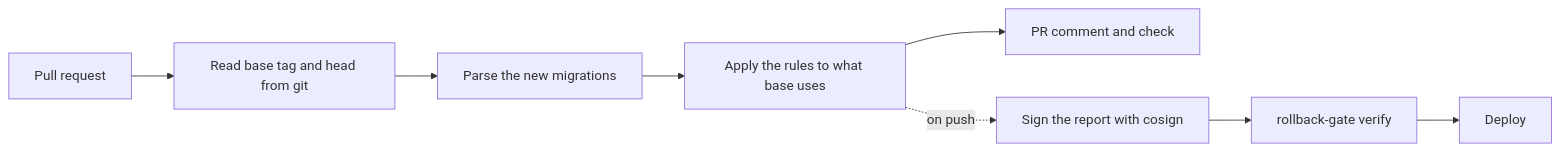
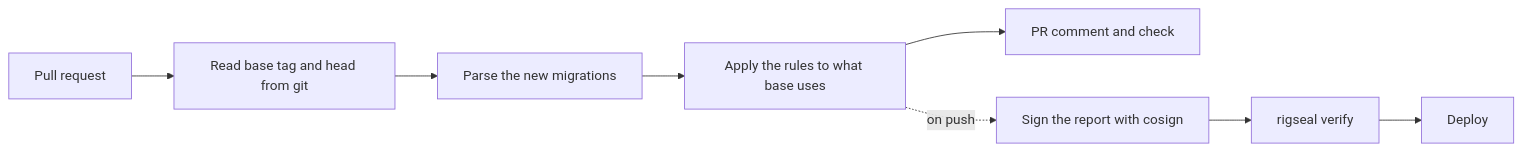
The diagram in README.md (HarounMehdaoui/rigseal), drawn with Mermaid before and after one commit. The commit also changed other lines of this file and 43 other files, not shown here.

````diff
--- a/README.md
+++ b/README.md
@@ -30,10 +33,10 @@
 ```mermaid
 flowchart LR
   PR[Pull request] --> Git[Read base tag and head from git]
   Git --> Parse[Parse the new migrations]
   Parse --> Rules[Apply the rules to what base uses]
   Rules --> Report[PR comment and check]
   Rules -. on push .-> Sign[Sign the report with cosign]
-  Sign --> Verify[rollback-gate verify]
+  Sign --> Verify[rigseal verify]
   Verify --> Deploy[Deploy]
 ```
````
